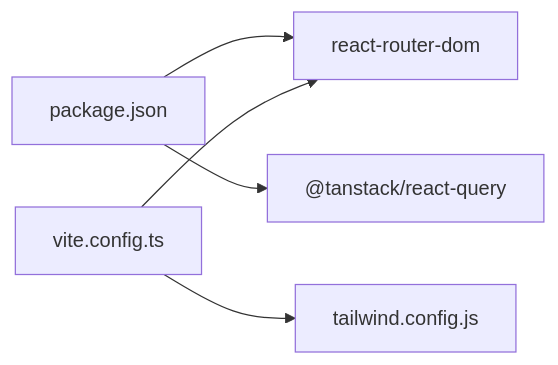
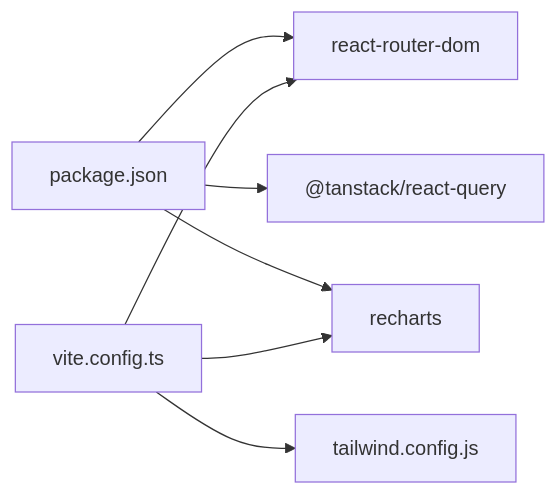
Before and after one commit to nilsnavi/fit_trackerpro: the sixth of 6 diagrams in .qoder/repowiki/en/content/Frontend Component Architecture/Application Structure & Routing.md, drawn with Mermaid. The commit also changed other lines of this file and 19 other files, not shown here.

````diff
--- a/.qoder/repowiki/en/content/Frontend Component Architecture/Application Structure & Routing.md
+++ b/.qoder/repowiki/en/content/Frontend Component Architecture/Application Structure & Routing.md
@@ -293,12 +338,15 @@
 ```mermaid
 graph LR
 PKG["package.json"]
 RR["react-router-dom"]
 RQ["@tanstack/react-query"]
+RC["recharts"]
 VITE["vite.config.ts"]
 TW["tailwind.config.js"]
 PKG --> RR
 PKG --> RQ
+PKG --> RC
 VITE --> RR
 VITE --> TW
+VITE --> RC
 ```
````
